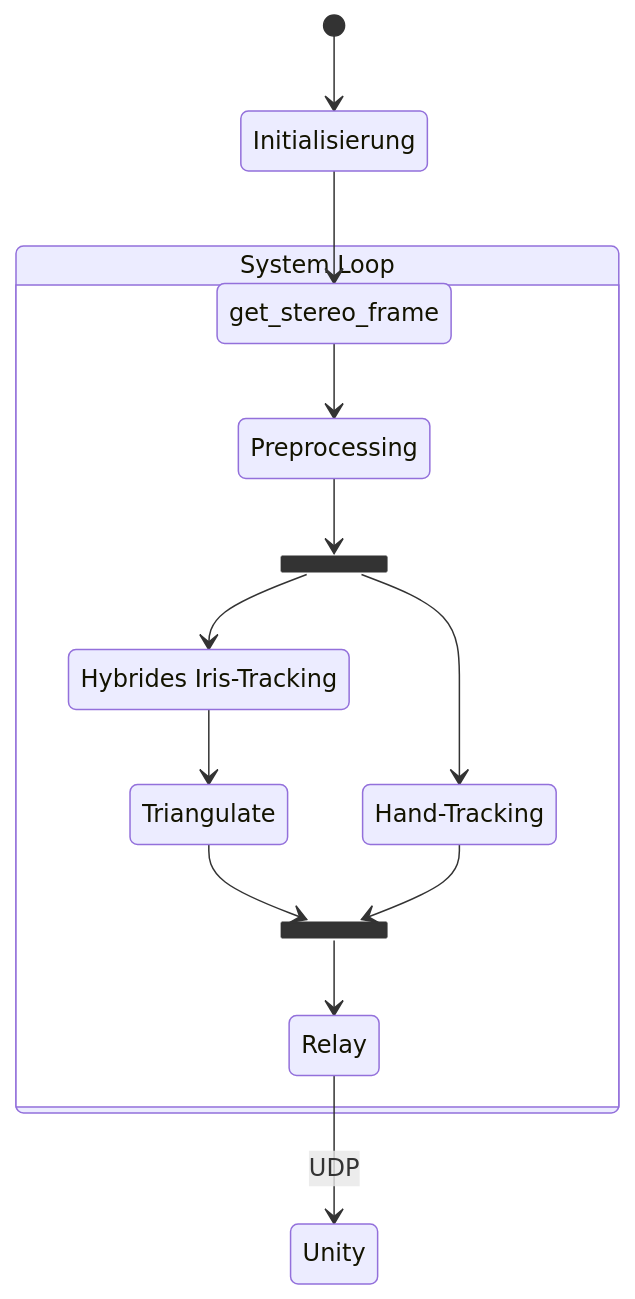
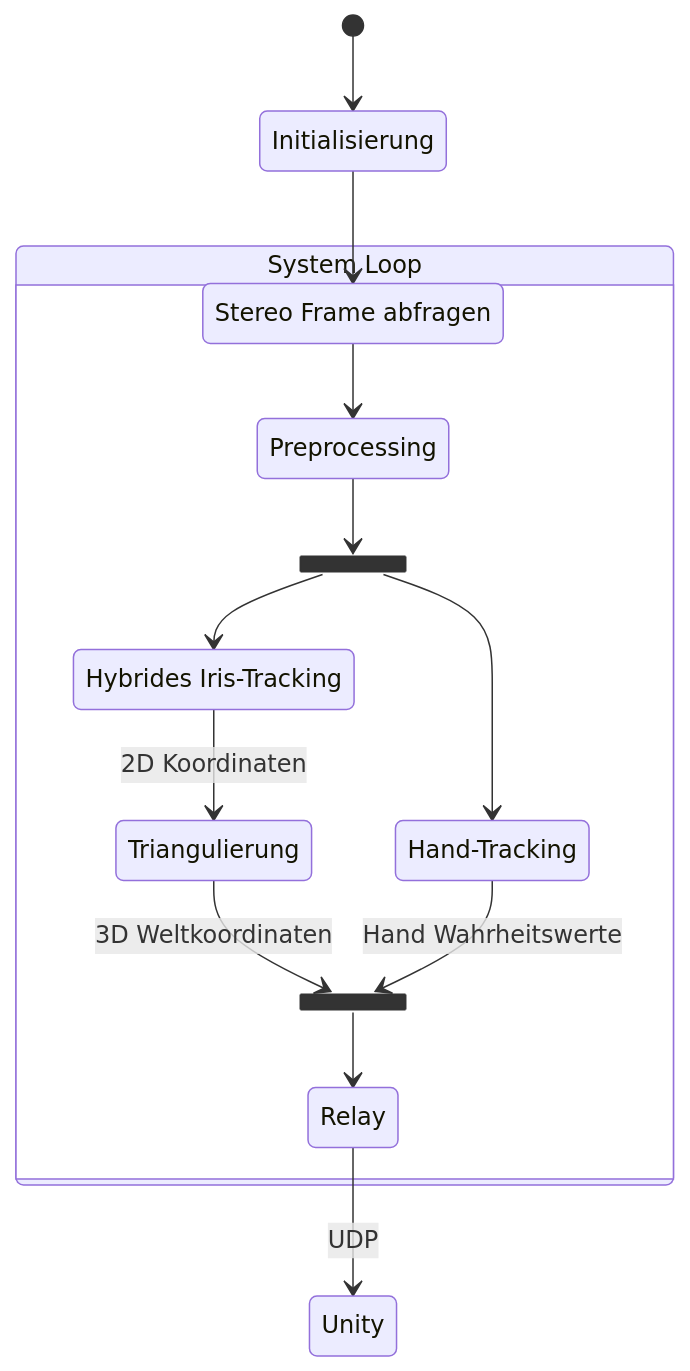
Before and after one commit to appelr/oak-d_tracking_relay: the diagram in tracking_overview_simplified.mmd, drawn with Mermaid. The commit also changed 1 other file, not shown here.

```diff
--- a/tracking_overview_simplified.mmd
+++ b/tracking_overview_simplified.mmd
@@ -1,26 +1,28 @@
 stateDiagram 
     direction TB
 
     [*] --> Initialisierung
+    state "Stereo Frame abfragen" as get_stereo_frame
     Initialisierung --> get_stereo_frame
 
     state "System Loop" as System_Loop {
         state processing_fork <<fork>>
+        state "Triangulierung" as Triangulate
         state "Hybrides Iris-Tracking" as EyeTracker
         state "Hand-Tracking" as HandTracker
         get_stereo_frame --> Preprocessing
         Preprocessing --> processing_fork
 
         processing_fork --> EyeTracker
         processing_fork --> HandTracker
 
-        EyeTracker --> Triangulate
+        EyeTracker --> Triangulate : 2D Koordinaten
 
         state Tracking_Join <<join>>
 
-        Triangulate --> Tracking_Join
-        HandTracker --> Tracking_Join
+        Triangulate --> Tracking_Join : 3D Weltkoordinaten
+        HandTracker --> Tracking_Join : Hand Wahrheitswerte
 
         Tracking_Join --> Relay
     }
     Relay --> Unity : UDP
```
